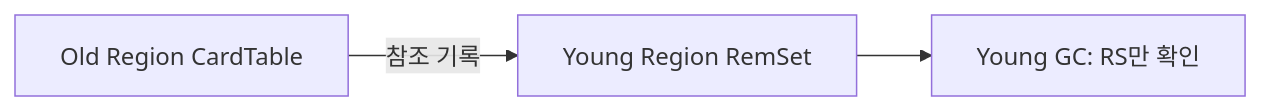
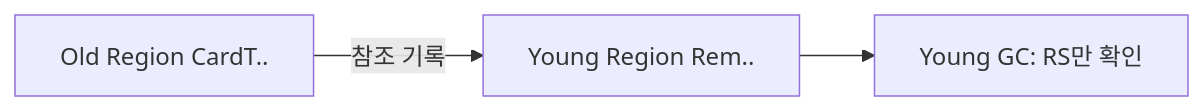
Before and after one commit to yjkim2015/yjkim2015.github.io: diagram 16 of 29 in _posts/java/2026-05-01-java-garbage-collector.md, drawn with Mermaid. The commit also changed other lines of this file and 149 other files, not shown here.

First line of the commit message:
Mermaid 가독성 개선: 라벨 축약, 노드 축소, TD→LR 변환

````diff
--- a/_posts/java/2026-05-01-java-garbage-collector.md
+++ b/_posts/java/2026-05-01-java-garbage-collector.md
@@ -293,6 +290,6 @@
 ```mermaid
 graph LR
-    CT["Old Region CardTable"] -->|"참조 기록"| RS["Young Region RemSet"]
+    CT["Old Region CardT.."] -->|"참조 기록"| RS["Young Region Rem.."]
     NOTE["Young GC: RS만 확인"]
     RS --> NOTE
 ```
````
